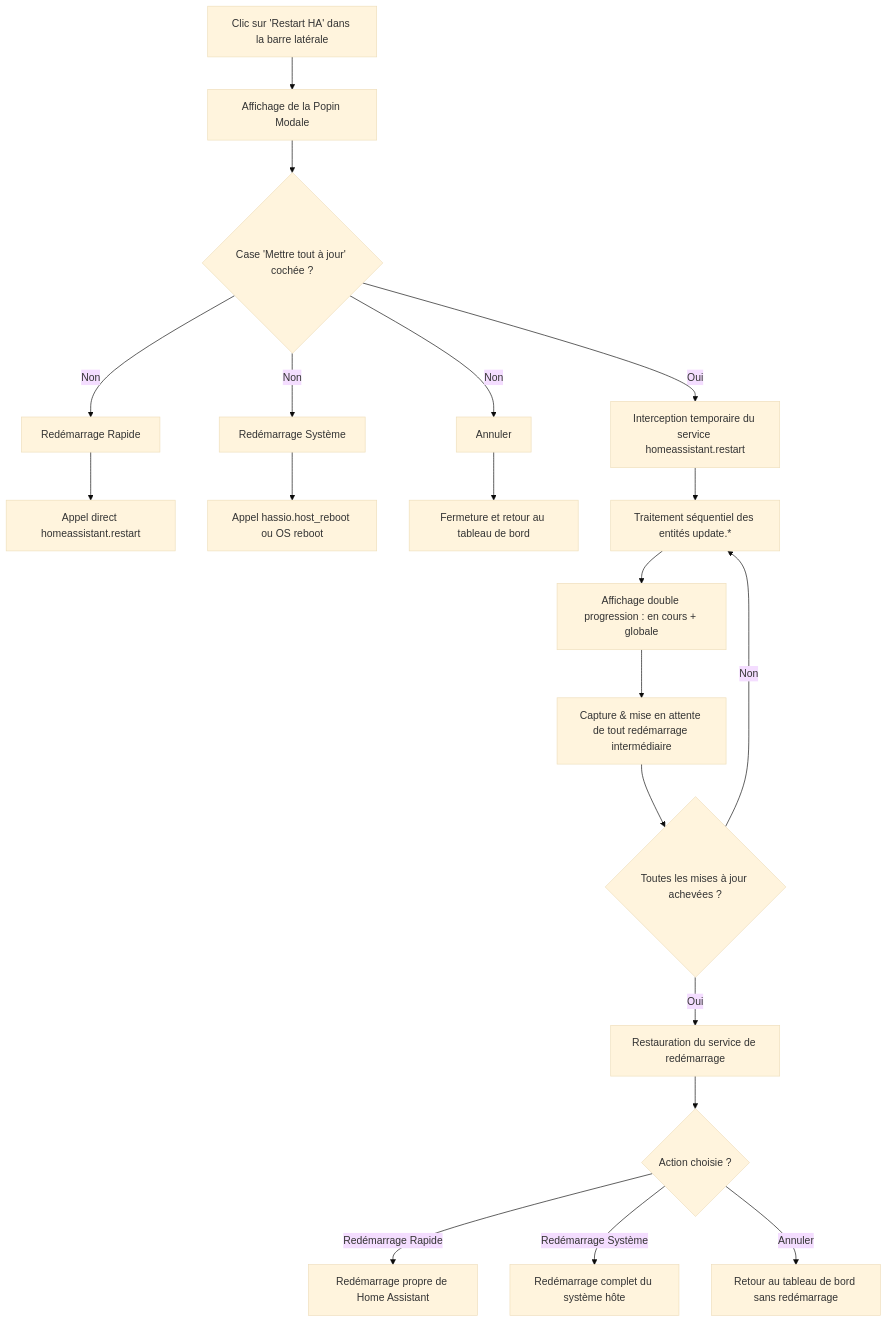
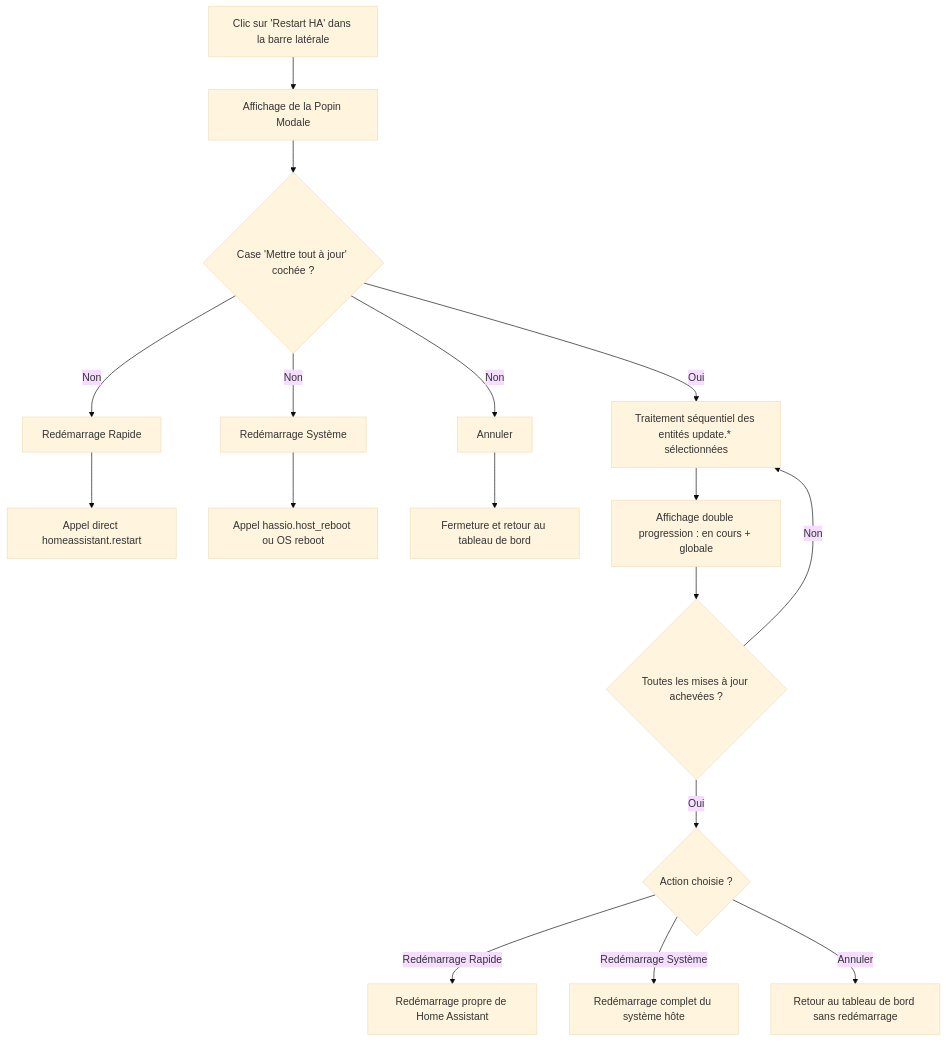
Before and after one commit to SocrateMobile/Restart-HA: the diagram in README.md, drawn with Mermaid (base theme). The commit also changed other lines of this file and 9 other files, not shown here.

````diff
--- a/README.md
+++ b/README.md
@@ -49,21 +49,18 @@
 ```mermaid
 flowchart TD
     A[Clic sur 'Restart HA' dans la barre latérale] --> B[Affichage de la Popin Modale]
     B --> C{Case 'Mettre tout à jour' cochée ?}
     
     C -- Non --> D1[Redémarrage Rapide] --> E1[Appel direct homeassistant.restart]
     C -- Non --> D2[Redémarrage Système] --> E2[Appel hassio.host_reboot ou OS reboot]
     C -- Non --> D3[Annuler] --> E3[Fermeture et retour au tableau de bord]
 
-    C -- Oui --> F[Interception temporaire du service homeassistant.restart]
-    F --> G[Traitement séquentiel des entités update.*]
+    C -- Oui --> G[Traitement séquentiel des entités update.* sélectionnées]
     G --> H[Affichage double progression : en cours + globale]
-    H --> I[Capture & mise en attente de tout redémarrage intermédiaire]
-    I --> J{Toutes les mises à jour achevées ?}
+    H --> J{Toutes les mises à jour achevées ?}
     J -- Non --> G
-    J -- Oui --> K[Restauration du service de redémarrage]
-    K --> L{Action choisie ?}
+    J -- Oui --> L{Action choisie ?}
     L -- Redémarrage Rapide --> M1[Redémarrage propre de Home Assistant]
     L -- Redémarrage Système --> M2[Redémarrage complet du système hôte]
     L -- Annuler --> M3[Retour au tableau de bord sans redémarrage]
 ```
````
